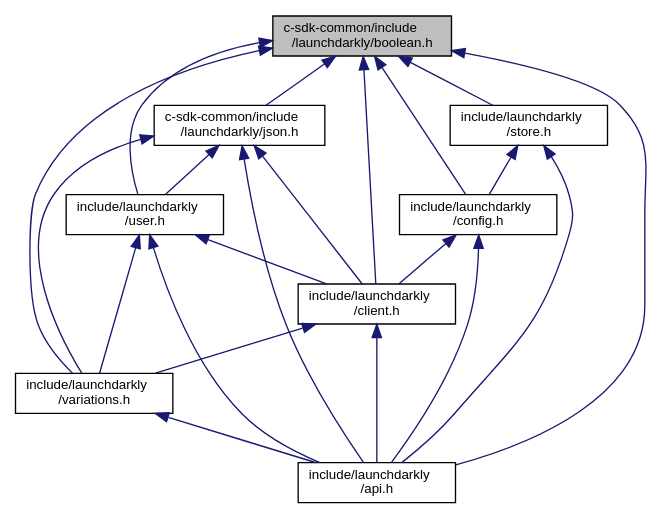
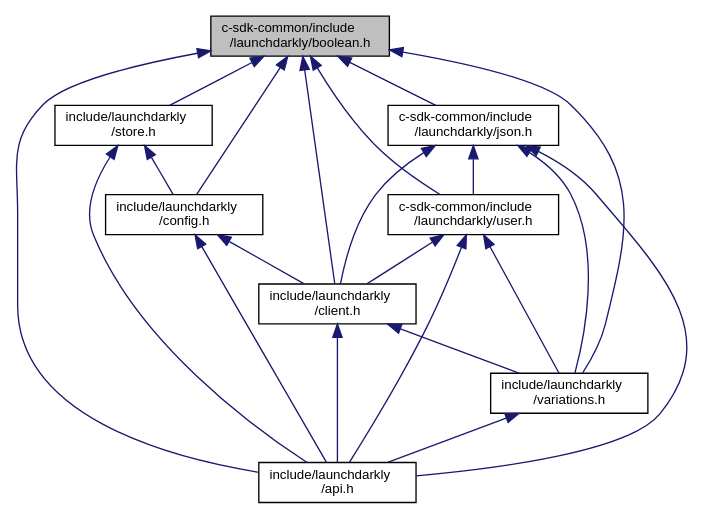
The diagram in boolean_8h__dep__incl.dot (launchdarkly/c-server-sdk), drawn with Graphviz before and after one commit. The commit also changed 56 other files, not shown here.

```diff
--- a/boolean_8h__dep__incl.dot
+++ b/boolean_8h__dep__incl.dot
@@ -1,34 +1,34 @@
 digraph "c-sdk-common/include/launchdarkly/boolean.h"
 {
   edge [fontname="Helvetica",fontsize="10",labelfontname="Helvetica",labelfontsize="10"];
   node [fontname="Helvetica",fontsize="10",shape=record];
   Node1 [label="c-sdk-common/include\l/launchdarkly/boolean.h",height=0.2,width=0.4,color="black", fillcolor="grey75", style="filled", fontcolor="black"];
   Node1 -> Node2 [dir="back",color="midnightblue",fontsize="10",style="solid",fontname="Helvetica"];
-  Node2 [label="c-sdk-common/include\l/launchdarkly/json.h",height=0.2,width=0.4,color="black", fillcolor="white", style="filled",URL="$json_8h.html",tooltip="Public API Interface for JSON usage. "];
-  Node2 -> Node3 [dir="back",color="midnightblue",fontsize="10",style="solid",fontname="Helvetica"];
-  Node3 [label="include/launchdarkly\l/api.h",height=0.2,width=0.4,color="black", fillcolor="white", style="filled",URL="$api_8h.html",tooltip="Public API. Include this for every public operation. "];
-  Node2 -> Node4 [dir="back",color="midnightblue",fontsize="10",style="solid",fontname="Helvetica"];
-  Node4 [label="include/launchdarkly\l/user.h",height=0.2,width=0.4,color="black", fillcolor="white", style="filled",URL="$user_8h.html",tooltip="Public API Interface for User construction. "];
-  Node4 -> Node3 [dir="back",color="midnightblue",fontsize="10",style="solid",fontname="Helvetica"];
-  Node4 -> Node5 [dir="back",color="midnightblue",fontsize="10",style="solid",fontname="Helvetica"];
-  Node5 [label="include/launchdarkly\l/client.h",height=0.2,width=0.4,color="black", fillcolor="white", style="filled",URL="$client_8h.html",tooltip="Public API Interface for Client operations. "];
+  Node2 [label="include/launchdarkly\l/api.h",height=0.2,width=0.4,color="black", fillcolor="white", style="filled",URL="$api_8h.html",tooltip="Public API. Include this for every public operation. "];
+  Node1 -> Node3 [dir="back",color="midnightblue",fontsize="10",style="solid",fontname="Helvetica"];
+  Node3 [label="include/launchdarkly\l/client.h",height=0.2,width=0.4,color="black", fillcolor="white", style="filled",URL="$client_8h.html",tooltip="Public API Interface for Client operations. "];
+  Node3 -> Node2 [dir="back",color="midnightblue",fontsize="10",style="solid",fontname="Helvetica"];
+  Node3 -> Node4 [dir="back",color="midnightblue",fontsize="10",style="solid",fontname="Helvetica"];
+  Node4 [label="include/launchdarkly\l/variations.h",height=0.2,width=0.4,color="black", fillcolor="white", style="filled",URL="$variations_8h.html",tooltip="Public API Interface for evaluation variations. "];
+  Node4 -> Node2 [dir="back",color="midnightblue",fontsize="10",style="solid",fontname="Helvetica"];
+  Node1 -> Node5 [dir="back",color="midnightblue",fontsize="10",style="solid",fontname="Helvetica"];
+  Node5 [label="include/launchdarkly\l/config.h",height=0.2,width=0.4,color="black", fillcolor="white", style="filled",URL="$config_8h.html",tooltip="Public API Interface for Configuration. "];
   Node5 -> Node3 [dir="back",color="midnightblue",fontsize="10",style="solid",fontname="Helvetica"];
-  Node5 -> Node6 [dir="back",color="midnightblue",fontsize="10",style="solid",fontname="Helvetica"];
-  Node6 [label="include/launchdarkly\l/variations.h",height=0.2,width=0.4,color="black", fillcolor="white", style="filled",URL="$variations_8h.html",tooltip="Public API Interface for evaluation variations. "];
-  Node6 -> Node3 [dir="back",color="midnightblue",fontsize="10",style="solid",fontname="Helvetica"];
-  Node4 -> Node6 [dir="back",color="midnightblue",fontsize="10",style="solid",fontname="Helvetica"];
-  Node2 -> Node5 [dir="back",color="midnightblue",fontsize="10",style="solid",fontname="Helvetica"];
-  Node2 -> Node6 [dir="back",color="midnightblue",fontsize="10",style="solid",fontname="Helvetica"];
+  Node5 -> Node2 [dir="back",color="midnightblue",fontsize="10",style="solid",fontname="Helvetica"];
+  Node1 -> Node6 [dir="back",color="midnightblue",fontsize="10",style="solid",fontname="Helvetica"];
+  Node6 [label="include/launchdarkly\l/store.h",height=0.2,width=0.4,color="black", fillcolor="white", style="filled",URL="$store_8h.html",tooltip="Public API Interface for Store implementatons. "];
+  Node6 -> Node5 [dir="back",color="midnightblue",fontsize="10",style="solid",fontname="Helvetica"];
+  Node6 -> Node2 [dir="back",color="midnightblue",fontsize="10",style="solid",fontname="Helvetica"];
   Node1 -> Node7 [dir="back",color="midnightblue",fontsize="10",style="solid",fontname="Helvetica"];
-  Node7 [label="include/launchdarkly\l/store.h",height=0.2,width=0.4,color="black", fillcolor="white", style="filled",URL="$store_8h.html",tooltip="Public API Interface for Store implementatons. "];
+  Node7 [label="c-sdk-common/include\l/launchdarkly/json.h",height=0.2,width=0.4,color="black", fillcolor="white", style="filled",URL="$json_8h.html",tooltip="Public API Interface for JSON usage. "];
+  Node7 -> Node3 [dir="back",color="midnightblue",fontsize="10",style="solid",fontname="Helvetica"];
   Node7 -> Node8 [dir="back",color="midnightblue",fontsize="10",style="solid",fontname="Helvetica"];
-  Node8 [label="include/launchdarkly\l/config.h",height=0.2,width=0.4,color="black", fillcolor="white", style="filled",URL="$config_8h.html",tooltip="Public API Interface for Configuration. "];
+  Node8 [label="c-sdk-common/include\l/launchdarkly/user.h",height=0.2,width=0.4,color="black", fillcolor="white", style="filled",URL="$user_8h.html",tooltip="Public API Interface for User construction. "];
   Node8 -> Node3 [dir="back",color="midnightblue",fontsize="10",style="solid",fontname="Helvetica"];
-  Node8 -> Node5 [dir="back",color="midnightblue",fontsize="10",style="solid",fontname="Helvetica"];
-  Node7 -> Node3 [dir="back",color="midnightblue",fontsize="10",style="solid",fontname="Helvetica"];
+  Node8 -> Node2 [dir="back",color="midnightblue",fontsize="10",style="solid",fontname="Helvetica"];
+  Node8 -> Node4 [dir="back",color="midnightblue",fontsize="10",style="solid",fontname="Helvetica"];
+  Node7 -> Node2 [dir="back",color="midnightblue",fontsize="10",style="solid",fontname="Helvetica"];
+  Node7 -> Node4 [dir="back",color="midnightblue",fontsize="10",style="solid",fontname="Helvetica"];
   Node1 -> Node8 [dir="back",color="midnightblue",fontsize="10",style="solid",fontname="Helvetica"];
   Node1 -> Node4 [dir="back",color="midnightblue",fontsize="10",style="solid",fontname="Helvetica"];
-  Node1 -> Node5 [dir="back",color="midnightblue",fontsize="10",style="solid",fontname="Helvetica"];
-  Node1 -> Node6 [dir="back",color="midnightblue",fontsize="10",style="solid",fontname="Helvetica"];
-  Node1 -> Node3 [dir="back",color="midnightblue",fontsize="10",style="solid",fontname="Helvetica"];
 }
```
